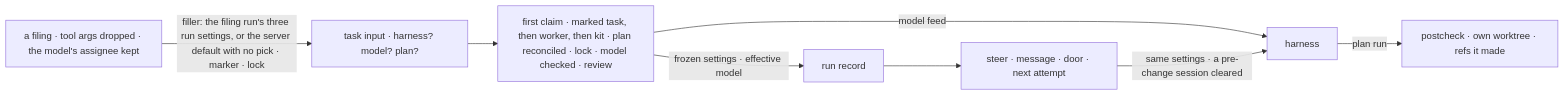
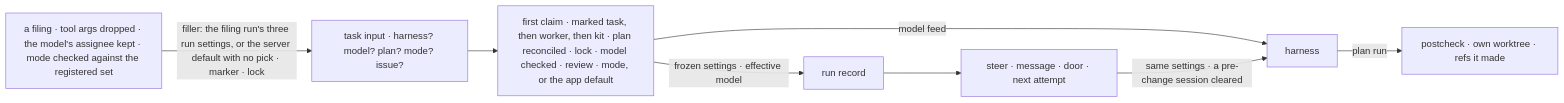
The second of 2 diagrams in specs/issues/FIX-2878/SPEC.md (fixpoint-labs/flow-state-dev), drawn with Mermaid before and after one commit. The commit also changed other lines of this file and 1 other file, not shown here.

First line of the commit message:
spec(FIX-2878): amendment — modes replace the feature marker

````diff
--- a/specs/issues/FIX-2878/SPEC.md
+++ b/specs/issues/FIX-2878/SPEC.md
@@ -103,10 +124,10 @@
 ```mermaid
 flowchart LR
-  T["a filing · tool args dropped · the model's assignee kept"] -->|"filler: the filing run's three run settings, or the server default with no pick · marker · lock"| I["task input · harness? model? plan?"]
-  I --> C["first claim · marked task, then worker, then kit · plan reconciled · lock · model checked · review"]
+  T["a filing · tool args dropped · the model's assignee kept · mode checked against the registered set"] -->|"filler: the filing run's three run settings, or the server default with no pick · marker · lock"| I["task input · harness? model? plan? mode? issue?"]
+  I --> C["first claim · marked task, then worker, then kit · plan reconciled · lock · model checked · review · mode, or the app default"]
   C -->|"frozen settings · effective model"| R["run record"]
   C -->|"model feed"| H["harness"]
   R --> S["steer · message · door · next attempt"]
   S -->|"same settings · a pre-change session cleared"| H
   H -->|"plan run"| Q["postcheck · own worktree · refs it made"]
 ```
````
